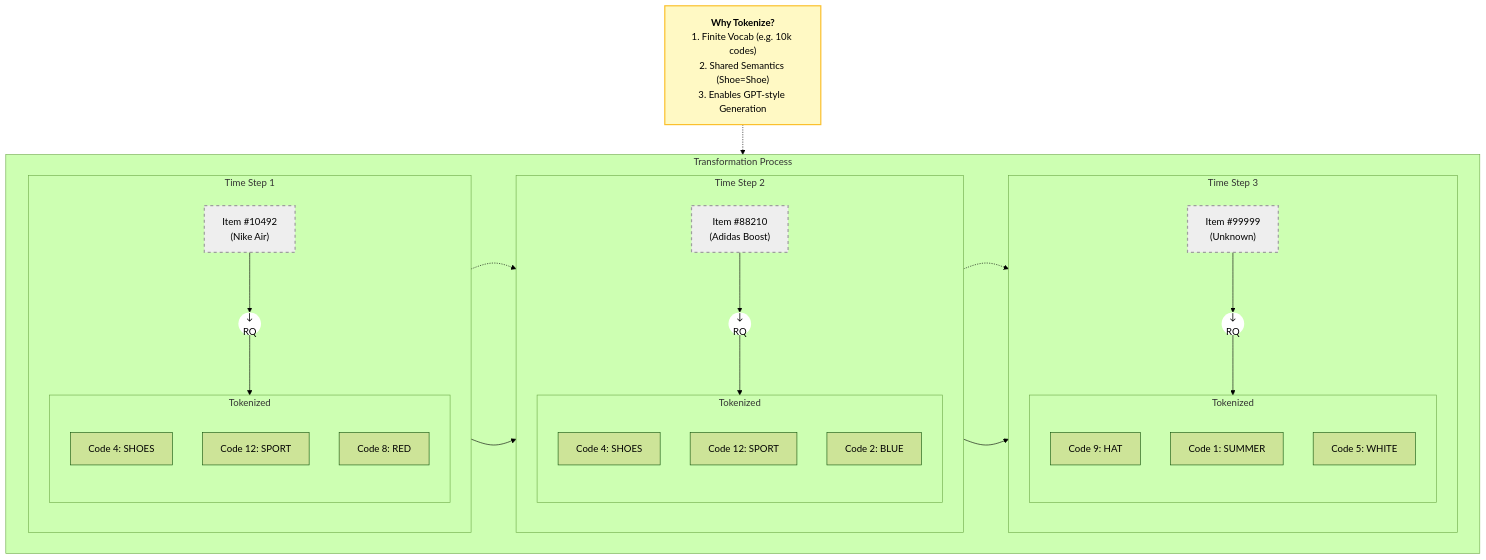
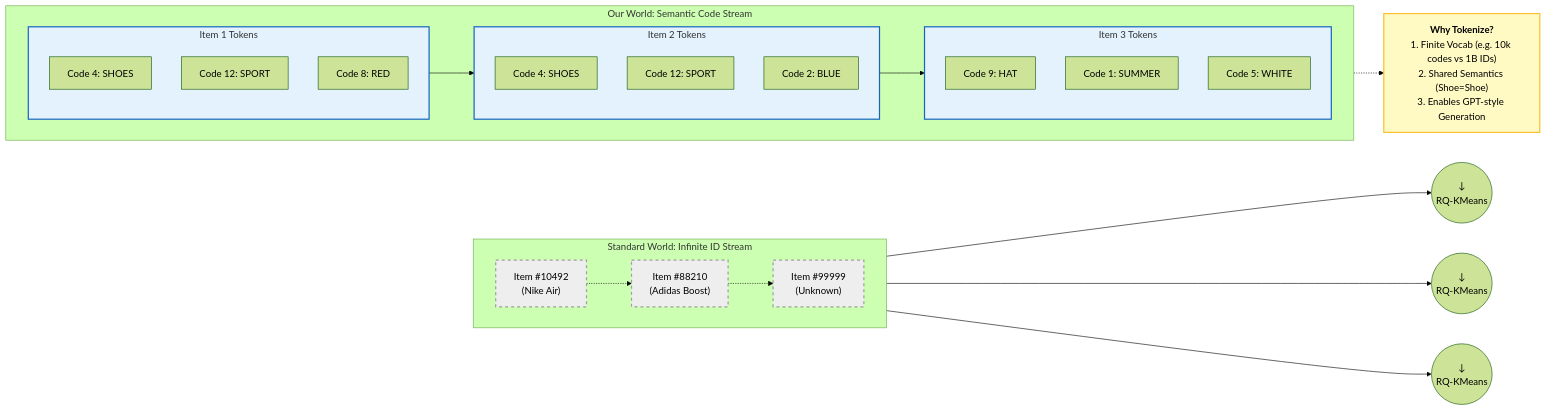
The sixth of 7 diagrams in doc.markdown (Jack31098/user_modeling_design), drawn with Mermaid (forest theme) before and after one commit. The commit also changed other lines of this file, not shown here.

Commit message:
reformat

````diff
--- a/doc.markdown
+++ b/doc.markdown
@@ -667,61 +666,61 @@
 ```mermaid
-graph TB
+graph LR
     %% Styles
     classDef raw_item fill:#eeeeee,stroke:#9e9e9e,stroke-width:2px,stroke-dasharray: 5 5;
     classDef token_group fill:#e3f2fd,stroke:#1565c0,stroke-width:2px;
     classDef vocab_note fill:#fff9c4,stroke:#fbc02d,stroke-width:2px;
-    classDef trans_node fill:#fff,stroke:#000,stroke-width:0px;
 
-    %% Explanation Note
-    Note_Vocab["<b>Why Tokenize?</b><br>1. Finite Vocab (e.g. 10k codes)<br>2. Shared Semantics (Shoe=Shoe)<br>3. Enables GPT-style Generation"]:::vocab_note
+    %% 1. The Old World
+    subgraph Raw_World ["Standard World: Infinite ID Stream"]
+        direction LR
+        ID1["Item #10492<br>(Nike Air)"]:::raw_item
+        ID2["Item #88210<br>(Adidas Boost)"]:::raw_item
+        ID3["Item #99999<br>(Unknown)"]:::raw_item
+        
+        ID1 -.-> ID2 -.-> ID3
+    end
 
-    %% Main Flow
-    subgraph Flow [Transformation Process]
+    %% Transformation
+    Trans_Arrow1((&darr;<br>RQ-KMeans))
+    Trans_Arrow2((&darr;<br>RQ-KMeans))
+    Trans_Arrow3((&darr;<br>RQ-KMeans))
+    
+    ID1 --> Trans_Arrow1
+    ID2 --> Trans_Arrow2
+    ID3 --> Trans_Arrow3
+
+    %% 2. The New World
+    subgraph Token_World ["Our World: Semantic Code Stream"]
         direction LR
-
-        %% Pair 1
-        subgraph Pair1 [Time Step 1]
+        
+        subgraph T1 ["Item 1 Tokens"]
             direction TB
-            ID1["Item #10492<br>(Nike Air)"]:::raw_item
-            Arrow1((&darr;<br>RQ)):::trans_node
-            subgraph T1 ["Tokenized"]
-                C1_1["Code 4: SHOES"]
-                C1_2["Code 12: SPORT"]
-                C1_3["Code 8: RED"]
-            end
-            ID1 --> Arrow1 --> T1
+            C1_1["Code 4: SHOES"]
+            C1_2["Code 12: SPORT"]
+            C1_3["Code 8: RED"]
+        end
+        
+        subgraph T2 ["Item 2 Tokens"]
+            direction TB
+            C2_1["Code 4: SHOES"]
+            C2_2["Code 12: SPORT"]
+            C2_3["Code 2: BLUE"]
+        end
+        
+        subgraph T3 ["Item 3 Tokens"]
+            direction TB
+            C3_1["Code 9: HAT"]
+            C3_2["Code 1: SUMMER"]
+            C3_3["Code 5: WHITE"]
         end
 
-        %% Pair 2
-        subgraph Pair2 [Time Step 2]
-            direction TB
-            ID2["Item #88210<br>(Adidas Boost)"]:::raw_item
-            Arrow2((&darr;<br>RQ)):::trans_node
-            subgraph T2 ["Tokenized"]
-                C2_1["Code 4: SHOES"]
-                C2_2["Code 12: SPORT"]
-                C2_3["Code 2: BLUE"]
-            end
-            ID2 --> Arrow2 --> T2
-        end
-
-        %% Pair 3
-        subgraph Pair3 [Time Step 3]
-            direction TB
-            ID3["Item #99999<br>(Unknown)"]:::raw_item
-            Arrow3((&darr;<br>RQ)):::trans_node
-            subgraph T3 ["Tokenized"]
-                C3_1["Code 9: HAT"]
-                C3_2["Code 1: SUMMER"]
-                C3_3["Code 5: WHITE"]
-            end
-            ID3 --> Arrow3 --> T3
-        end
-
-        %% Horizontal Connections
-        ID1 -.-> ID2 -.-> ID3
         T1 --> T2 --> T3
     end
 
-    Note_Vocab -.-> Flow
+    %% Explanation
+    Note_Vocab["<b>Why Tokenize?</b><br>1. Finite Vocab (e.g. 10k codes vs 1B IDs)<br>2. Shared Semantics (Shoe=Shoe)<br>3. Enables GPT-style Generation"]:::vocab_note
+
+    Token_World -.-> Note_Vocab
+
+    class T1,T2,T3 token_group
 ```
````
